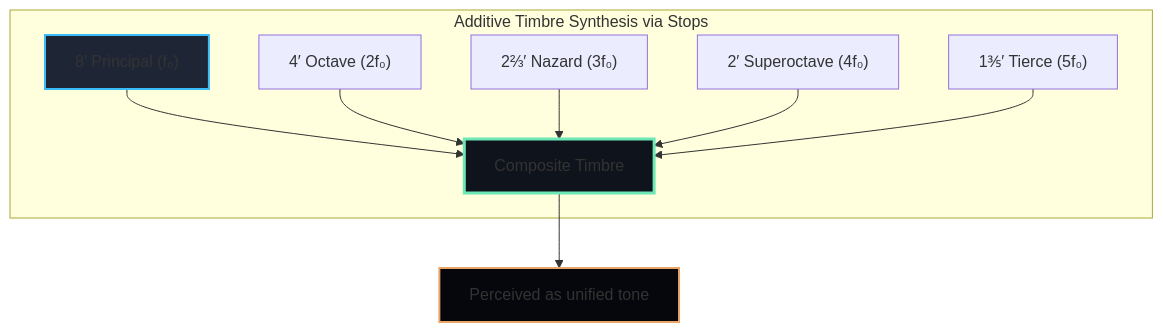
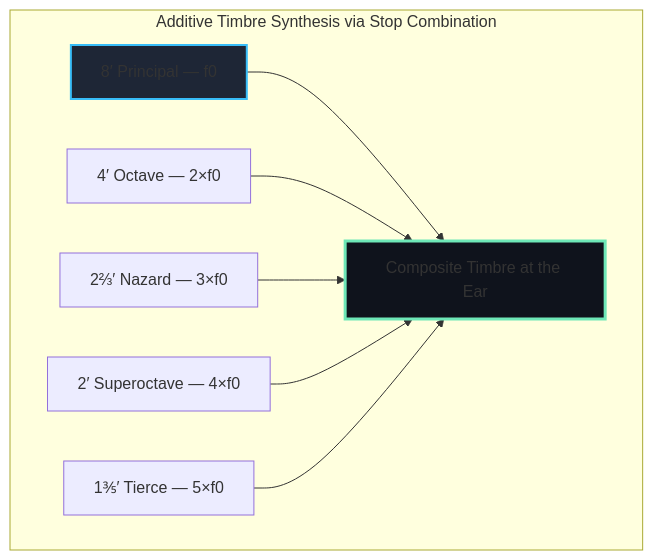
Before and after one commit to blebleblee/synapse: the first of 3 diagrams in topics/arts/music_performance/organ/lesson_02_basic_playing_techniques.md, drawn with Mermaid. The commit also changed other lines of this file and 4 other files, not shown here.

````diff
--- a/topics/arts/music_performance/organ/lesson_02_basic_playing_techniques.md
+++ b/topics/arts/music_performance/organ/lesson_02_basic_playing_techniques.md
@@ -29,16 +19,12 @@
 ```mermaid
 graph TB
-    subgraph sub_additive_timbre_synthesis ["Additive Timbre Synthesis via Stops"]
-        Fundamental["8′ Principal (f₀)"] --> Composite["Composite Timbre"]
-        Octave["4′ Octave (2f₀)"] --> Composite
-        Quint["2⅔′ Nazard (3f₀)"] --> Composite
-        Superoctave["2′ Superoctave (4f₀)"] --> Composite
-        Tierce["1⅗′ Tierce (5f₀)"] --> Composite
+    subgraph sub_additive_timbre ["Additive Timbre Synthesis via Stop Combination"]
+        Fund["8′ Principal — f0"] --> Composite["Composite Timbre at the Ear"]
+        Oct["4′ Octave — 2×f0"] --> Composite
+        Twelfth["2⅔′ Nazard — 3×f0"] --> Composite
+        Super["2′ Superoctave — 4×f0"] --> Composite
+        Seventeenth["1⅗′ Tierce — 5×f0"] --> Composite
     end
-    
-    Composite --> Ear["Perceived as unified tone"]
-    
-    style Fundamental fill:#1E2636,stroke:#38BDF8,stroke-width:2px
+    style Fund fill:#1E2636,stroke:#38BDF8,stroke-width:2px
     style Composite fill:#0F131C,stroke:#6EE7B7,stroke-width:3px
-    style Ear fill:#05070C,stroke:#E9A568,stroke-width:2px
 ```
````
